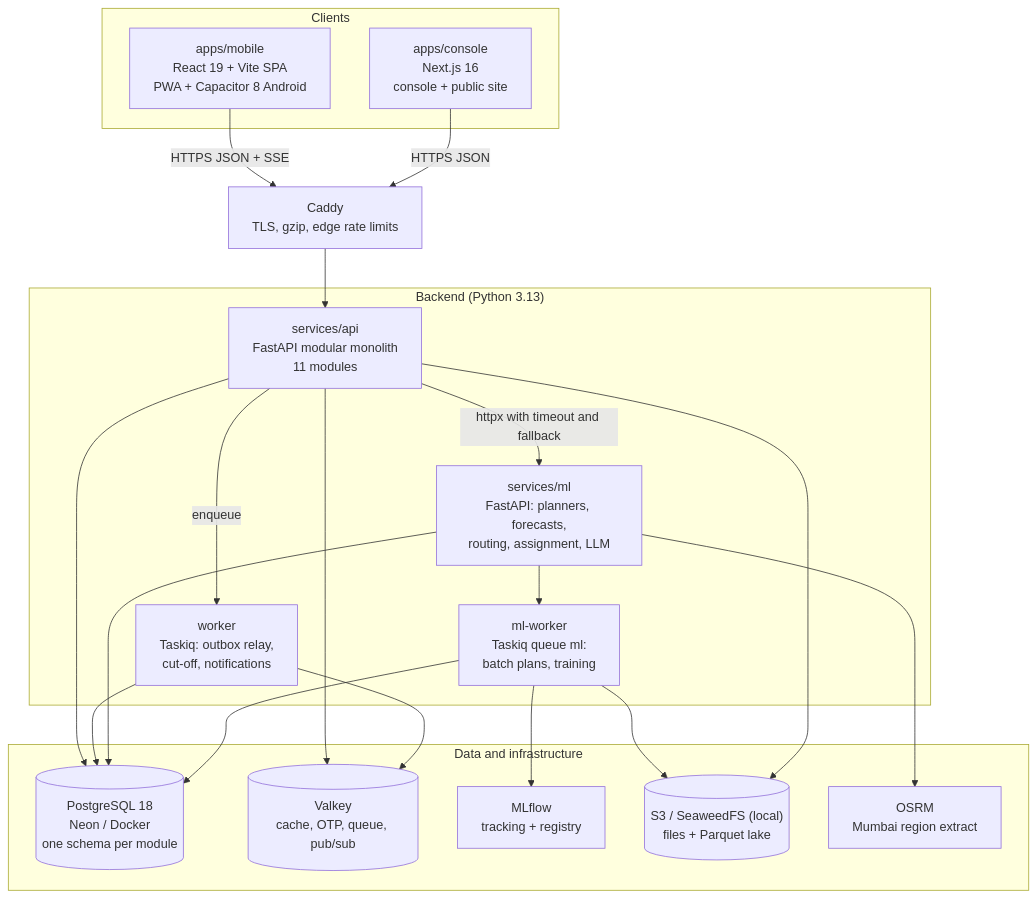
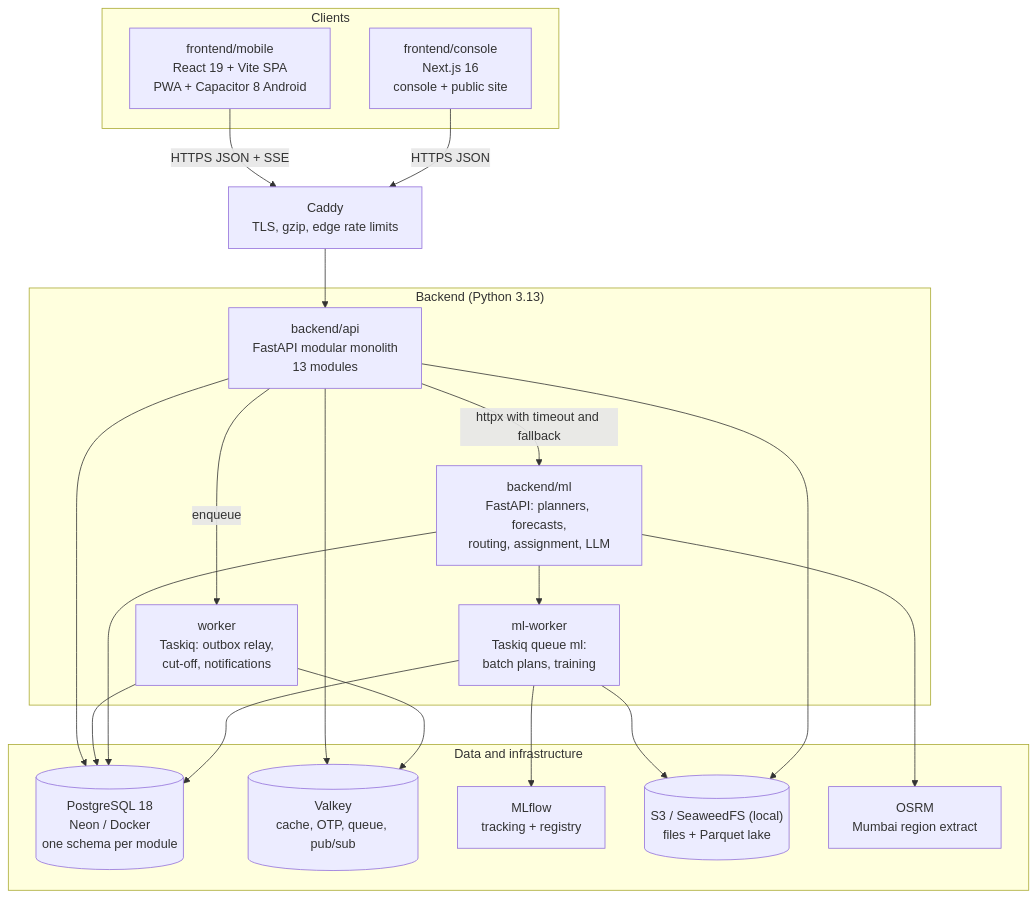
Before and after one commit to prelekar7/GharBasket: the second of 5 diagrams in docs/handbook/04-system-architecture.md, drawn with Mermaid. The commit also changed other lines of this file and 154 other files, not shown here.

First line of the commit message:
chore(platform): move code into frontend/ and backend/ with one folder per module

````diff
--- a/docs/handbook/04-system-architecture.md
+++ b/docs/handbook/04-system-architecture.md
@@ -53,37 +53,37 @@
 ```mermaid
 flowchart TB
   subgraph Clients
-    MOB["apps/mobile<br/>React 19 + Vite SPA<br/>PWA + Capacitor 8 Android"]
-    CON["apps/console<br/>Next.js 16<br/>console + public site"]
+    MOB["frontend/mobile<br/>React 19 + Vite SPA<br/>PWA + Capacitor 8 Android"]
+    CON["frontend/console<br/>Next.js 16<br/>console + public site"]
   end
   CADDY["Caddy<br/>TLS, gzip, edge rate limits"]
   subgraph Backend["Backend (Python 3.13)"]
-    API["services/api<br/>FastAPI modular monolith<br/>11 modules"]
+    API["backend/api<br/>FastAPI modular monolith<br/>13 modules"]
     WRK["worker<br/>Taskiq: outbox relay,<br/>cut-off, notifications"]
-    ML["services/ml<br/>FastAPI: planners, forecasts,<br/>routing, assignment, LLM"]
+    ML["backend/ml<br/>FastAPI: planners, forecasts,<br/>routing, assignment, LLM"]
     MLW["ml-worker<br/>Taskiq queue ml:<br/>batch plans, training"]
   end
   subgraph Data["Data and infrastructure"]
     PG[("PostgreSQL 18<br/>Neon / Docker<br/>one schema per module")]
     VK[("Valkey<br/>cache, OTP, queue, pub/sub")]
     MLF["MLflow<br/>tracking + registry"]
     OBJ[("S3 / SeaweedFS (local)<br/>files + Parquet lake")]
     OSRM["OSRM<br/>Mumbai region extract"]
   end
   MOB -->|"HTTPS JSON + SSE"| CADDY
   CON -->|"HTTPS JSON"| CADDY
   CADDY --> API
   API -->|"httpx with timeout and fallback"| ML
   API --> PG
   API --> VK
   API -->|enqueue| WRK
   WRK --> PG
   WRK --> VK
   ML --> PG
   ML --> MLW
   MLW --> PG
   MLW --> MLF
   MLW --> OBJ
   ML --> OSRM
   API --> OBJ
 ```
````
